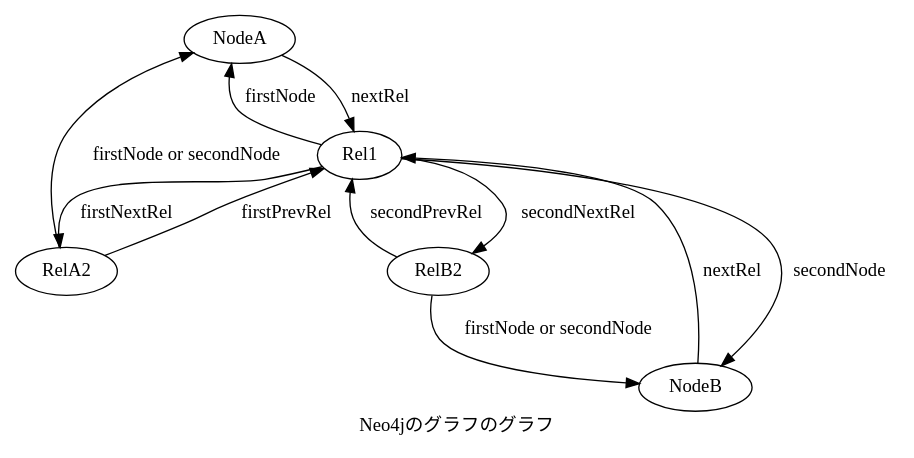
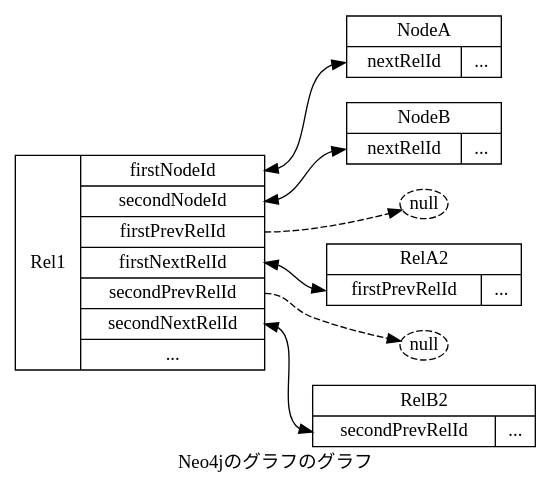
The diagram in prgs/2014-05-25-neo4j-graph-graph.dot (igrep/igreque.info), drawn with Graphviz before and after one commit. The commit also changed 3 other files, not shown here.

Commit message:
modify neo4j-graph-graph

```diff
--- a/prgs/2014-05-25-neo4j-graph-graph.dot
+++ b/prgs/2014-05-25-neo4j-graph-graph.dot
@@ -1,13 +1,35 @@
 digraph neo4j_graph_graph {
-  graph [label = "Neo4jのグラフのグラフ"]
-  NodeA -> Rel1 [label = "nextRel"];
-  Rel1 -> NodeA [label = "firstNode"];
-  NodeB -> Rel1 [label = "nextRel"];
-  Rel1 -> NodeB [label = "secondNode"];
-  Rel1 -> RelA2 [label = "firstNextRel"];
-  Rel1 -> RelB2 [label = "secondNextRel"];
-  RelA2 -> Rel1 [label = "firstPrevRel"];
-  RelB2 -> Rel1 [label = "secondPrevRel"];
-  RelA2 -> NodeA [label = "firstNode or secondNode"];
-  RelB2 -> NodeB [label = "firstNode or secondNode"];
+  graph [label = "Neo4jのグラフのグラフ", rankdir = LR]
+
+  Rel1 [
+    shape = record,
+    label = "{Rel1| {<firstNode> firstNodeId|<secondNode> secondNodeId|<firstPrevRel> firstPrevRelId|<firstNextRel> firstNextRelId|<secondPrevRel> secondPrevRelId|<secondNextRel> secondNextRelId|...}}"
+  ];
+
+  NodeA [ shape = record,
+    label = "NodeA|{<nextRel> nextRelId|...}"
+  ];
+  NodeB [
+    shape = record,
+    label = "NodeB|{<nextRel> nextRelId|...}"
+  ];
+
+  N1 [label = "null", style = dashed, fixedsize = true, width = 0.5, height = 0.3];
+  N2 [label = "null", style = dashed, fixedsize = true, width = 0.5, height = 0.3];
+
+  RelA2 [
+    shape = record,
+    label = "RelA2| {<firstPrevRel> firstPrevRelId|...}"
+  ];
+  RelB2 [
+    shape = record,
+    label = "RelB2| {<secondPrevRel> secondPrevRelId|...}"
+  ];
+
+  Rel1:firstNode -> NodeA:nextRel [dir = both];
+  Rel1:secondNode -> NodeB:nextRel [dir = both];
+  Rel1:firstPrevRel -> N1 [style = dashed];
+  Rel1:firstNextRel -> RelA2:firstPrevRel [dir = both];
+  Rel1:secondPrevRel -> N2 [style = dashed];
+  Rel1:secondNextRel -> RelB2:secondPrevRel [dir = both];
 }
```
